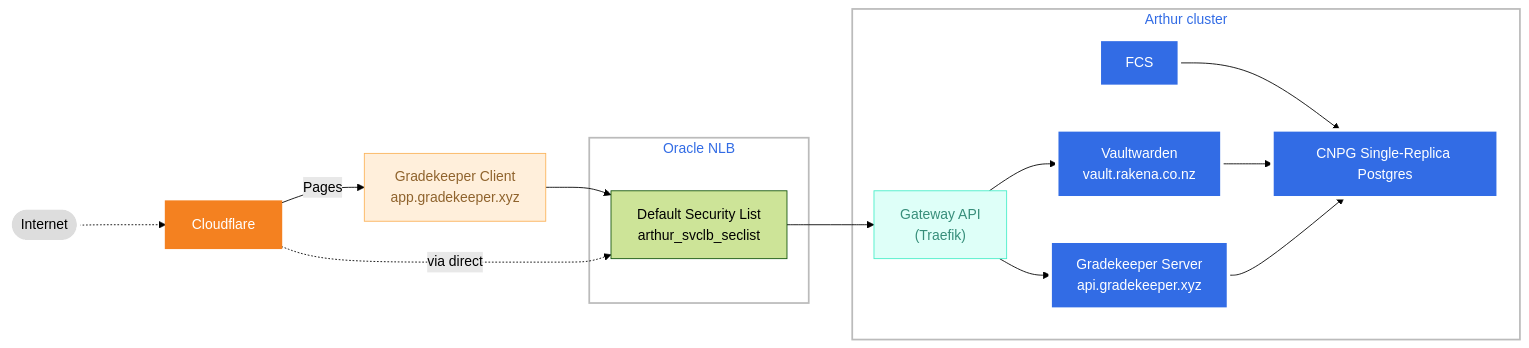
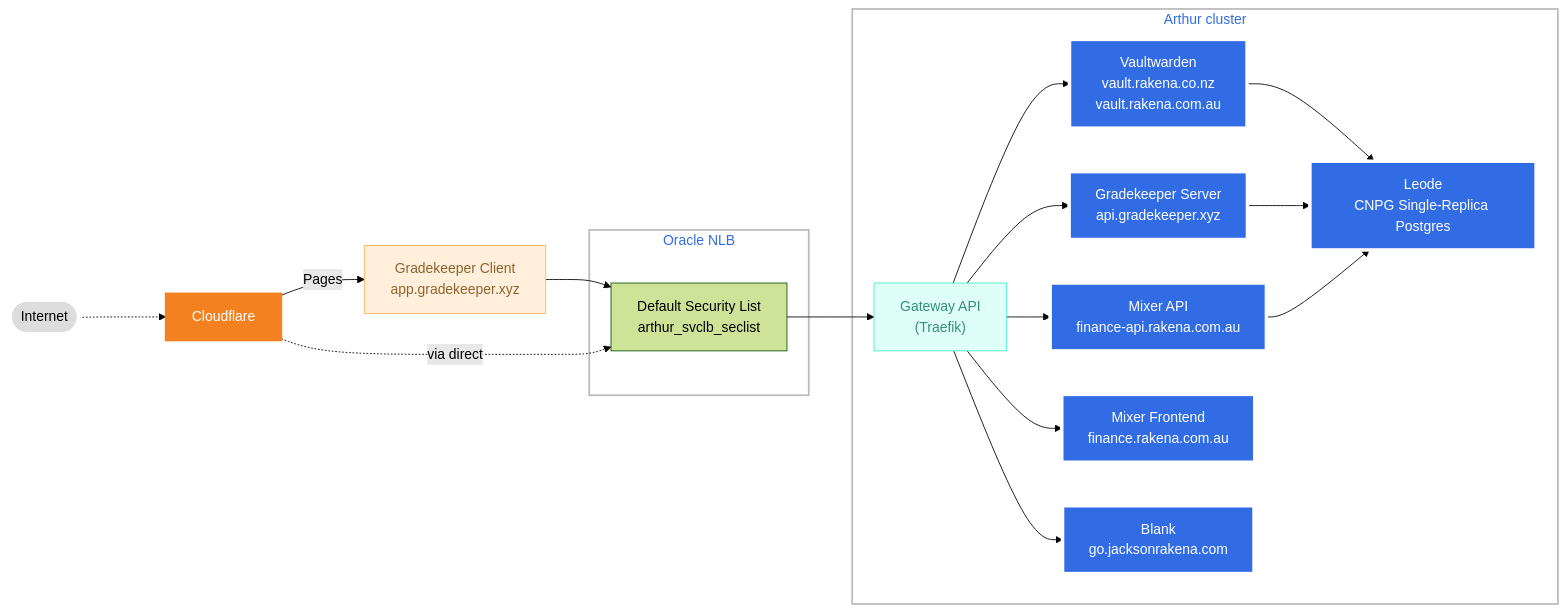
One commit to jacksonrakena/infrastructure changed the diagram in README.md. Above: the diagram before and after it, drawn with Mermaid (forest theme). The commit also changed other lines of this file, not shown here.

````diff
--- a/README.md
+++ b/README.md
@@ -3,41 +3,45 @@
 ```mermaid
 flowchart LR
  subgraph cf_tls["Oracle NLB"]
         vsec["Default Security List<br>arthur_svclb_seclist"]
   end
 
  subgraph cluster["Arthur cluster"]
-      pg["CNPG Single-Replica Postgres"]
+      pg["Leode<br>CNPG Single-Replica Postgres"]
         ingress["Gateway API<br>(Traefik)"]
-        vw["Vaultwarden<br>vault.rakena.co.nz"]
+        vw["Vaultwarden<br>vault.rakena.co.nz<br>vault.rakena.com.au"]
         gk["Gradekeeper Server<br>api.gradekeeper.xyz"]
-        fcs["FCS"]
+        mx["Mixer API<br>finance-api.rakena.com.au"]
+        mxf["Mixer Frontend<br>finance.rakena.com.au"]
+        bl["Blank<br>go.jacksonrakena.com"]
   end
     client(["Internet"]) -..-> cf["Cloudflare"]
     gk_frontend["Gradekeeper Client<br>app.gradekeeper.xyz"] --> vsec
     cf -. via direct ..-> vsec
     vsec --> ingress
-    fcs --> pg
-    ingress --> gk & vw
+    ingress --> gk & vw & mx & mxf & bl
     vw --> pg
     gk --> pg
+    mx --> pg
     cf -- Pages --> gk_frontend
      vw:::k8s
      pg:::k8s
      ingress:::Aqua
      gk:::k8s
-     fcs:::k8s
+     mx:::k8s
+     mxf:::k8s
+     bl:::k8s
      client:::plain
      cf:::cloudflare
      cluster:::cluster
      gk_frontend:::Peach
     classDef plain fill:#ddd,stroke:#fff,stroke-width:4px,color:#000
     classDef k8s fill:#326ce5,stroke:#fff,stroke-width:4px,color:#fff
     classDef cluster fill:#fff,stroke:#bbb,stroke-width:2px,color:#326ce5
     classDef cloudflare fill:#F48120,stroke:#F48120,stroke-width:2px,color:white
     classDef Class_01 fill:#000000, color:#fff, stroke:#000000
     classDef Sky stroke-width:1px, stroke-dasharray:none, stroke:#374D7C, fill:#E2EBFF, color:#374D7C
     classDef Peach stroke-width:1px, stroke-dasharray:none, stroke:#FBB35A, fill:#FFEFDB, color:#8F632D
     classDef Aqua stroke-width:1px, stroke-dasharray:none, stroke:#46EDC8, fill:#DEFFF8, color:#378E7A
     classDef Rose stroke-width:1px, stroke-dasharray:none, stroke:#FF5978, fill:#FFDFE5, color:#8E2236
 ```
````
